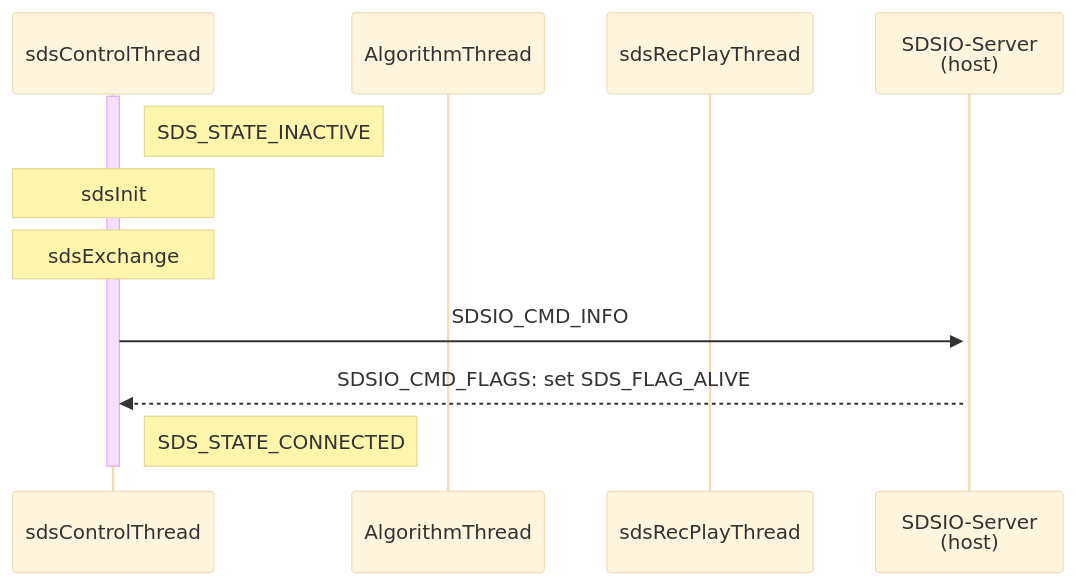
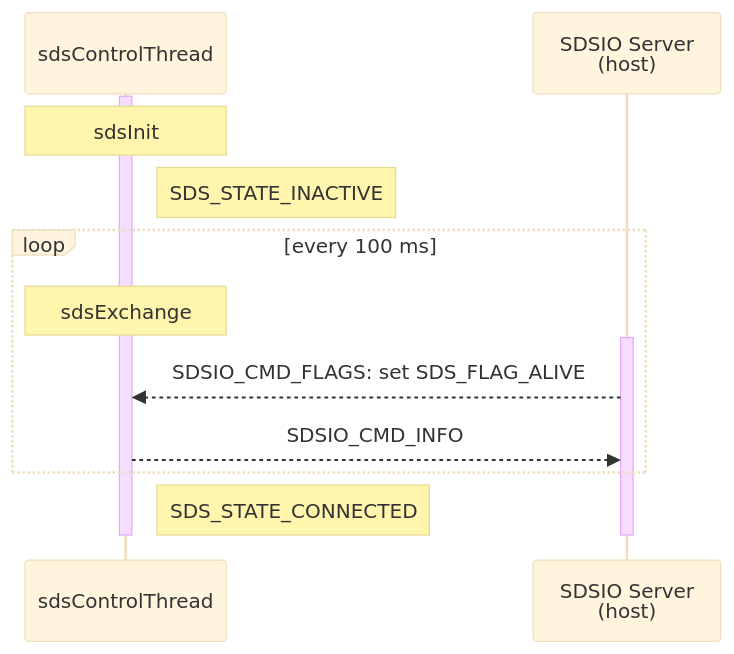
Before and after one commit to ARM-software/SDS-Framework: the second of 5 diagrams in documentation/theory.md, drawn with Mermaid (base theme). The commit also changed other lines of this file, not shown here.

````diff
--- a/documentation/theory.md
+++ b/documentation/theory.md
@@ -513,18 +526,19 @@
 ```mermaid
 sequenceDiagram
     participant sdsControlThread
     activate sdsControlThread
 
-    participant AlgorithmThread
-    participant SDSIO as sdsRecPlayThread
-    participant Server as SDSIO-Server<br/>(host)
+    participant Server as SDSIO Server<br/>(host)
 
-    activate Server
+    Note over sdsControlThread: sdsInit
     Note right of sdsControlThread: SDS_STATE_INACTIVE 
-    Note over sdsControlThread: sdsInit
-    Note over sdsControlThread: sdsExchange
-    sdsControlThread->>Server: SDSIO_CMD_INFO
-    Server-->>sdsControlThread: SDSIO_CMD_FLAGS: set SDS_FLAG_ALIVE
+    loop every 100 ms
+      Note over sdsControlThread: sdsExchange
+      activate Server
+      Server-->>sdsControlThread: SDSIO_CMD_FLAGS: set SDS_FLAG_ALIVE
+      sdsControlThread-->>Server: SDSIO_CMD_INFO
+    end
     Note right of sdsControlThread: SDS_STATE_CONNECTED 
     deactivate sdsControlThread
+    deactivate Server
 ```
````
